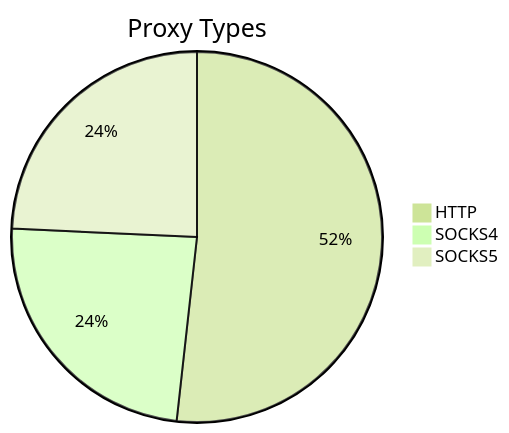
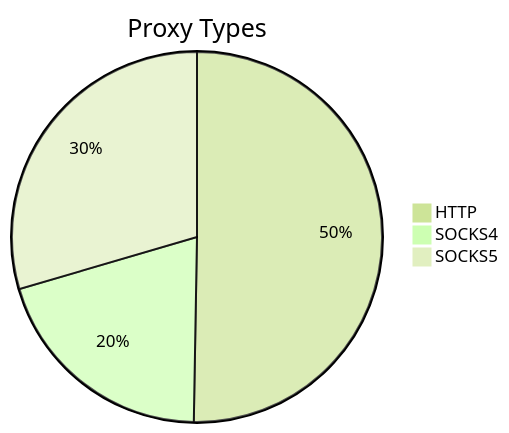
One commit to stormsia/proxy-list changed the first of 2 diagrams in README.md. Above: the diagram before and after it, drawn with Mermaid (forest theme). The commit also changed other lines of this file, not shown here.

````diff
--- a/README.md
+++ b/README.md
@@ -21,6 +21,6 @@
 ```mermaid
 pie title Proxy Types
-    "HTTP" : 501
-    "SOCKS4" : 232
-    "SOCKS5" : 235
+    "HTTP" : 274
+    "SOCKS4" : 110
+    "SOCKS5" : 161
 ```
````
